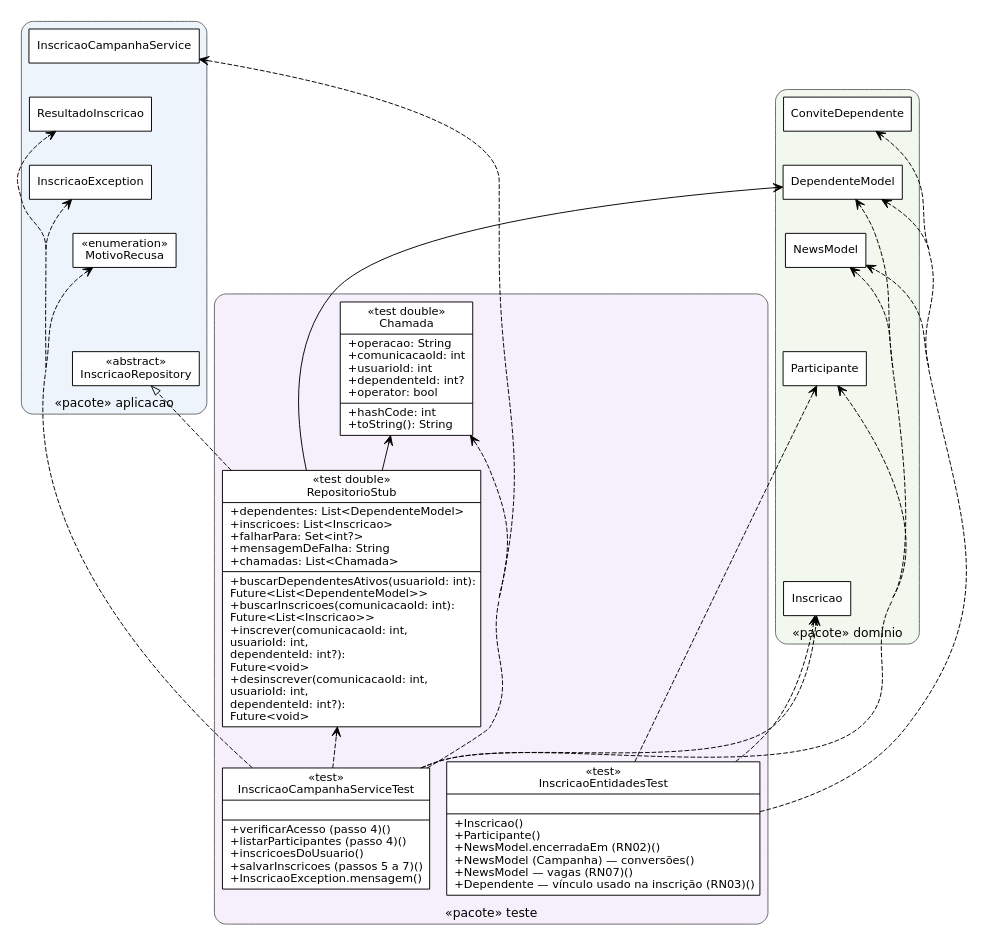
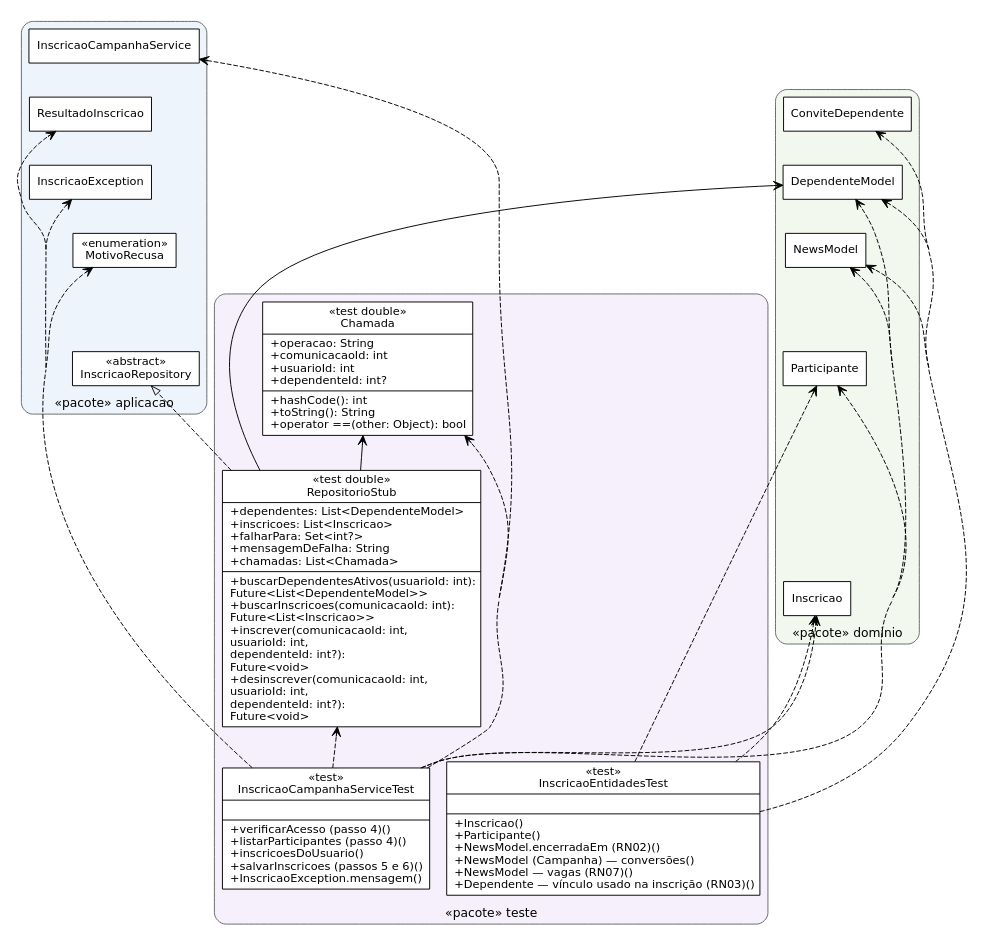
The diagram in qualidade/relatorios/classes-c-teste.dot (Conecta-Vida/Conecta-Vida-Mobile), drawn with Graphviz before and after one commit. The commit also changed 23 other files, not shown here.

```diff
--- a/qualidade/relatorios/classes-c-teste.dot
+++ b/qualidade/relatorios/classes-c-teste.dot
@@ -1,52 +1,52 @@
 digraph classes {
 rankdir=BT; nodesep=0.25; ranksep=0.5; pad=0.1; concentrate=true;
 node [shape=record, fontname="DejaVu Sans", fontsize=12, style=filled, fillcolor="#ffffff"];
 edge [fontname="DejaVu Sans", fontsize=11];
 subgraph cluster_0 { label="«pacote» aplicacao"; style="rounded,filled"; fillcolor="#eef4fb"; color=gray40; fontname="DejaVu Sans"; fontsize=13; labelloc=t;
   InscricaoRepository [shape=box, label="«abstract»\nInscricaoRepository"];
   MotivoRecusa [shape=box, label="«enumeration»\nMotivoRecusa"];
   InscricaoException [shape=box, label="InscricaoException"];
   ResultadoInscricao [shape=box, label="ResultadoInscricao"];
   InscricaoCampanhaService [shape=box, label="InscricaoCampanhaService"];
 }
 subgraph cluster_1 { label="«pacote» dominio"; style="rounded,filled"; fillcolor="#f2f8ee"; color=gray40; fontname="DejaVu Sans"; fontsize=13; labelloc=t;
   Inscricao [shape=box, label="Inscricao"];
   Participante [shape=box, label="Participante"];
   NewsModel [shape=box, label="NewsModel"];
   DependenteModel [shape=box, label="DependenteModel"];
   ConviteDependente [shape=box, label="ConviteDependente"];
 }
 subgraph cluster_2 { label="«pacote» teste"; style="rounded,filled"; fillcolor="#f5f0fb"; color=gray40; fontname="DejaVu Sans"; fontsize=13; labelloc=t;
-  Chamada [label="{«test double»\nChamada|+operacao: String\l+comunicacaoId: int\l+usuarioId: int\l+dependenteId: int?\l+operator: bool\l|+hashCode: int\l+toString(): String\l}"];
+  Chamada [label="{«test double»\nChamada|+operacao: String\l+comunicacaoId: int\l+usuarioId: int\l+dependenteId: int?\l|+hashCode(): int\l+toString(): String\l+operator ==(other: Object): bool\l}"];
   RepositorioStub [label="{«test double»\nRepositorioStub|+dependentes: List&lt;DependenteModel&gt;\l+inscricoes: List&lt;Inscricao&gt;\l+falharPara: Set&lt;int?&gt;\l+mensagemDeFalha: String\l+chamadas: List&lt;Chamada&gt;\l|+buscarDependentesAtivos(usuarioId: int):\l      Future&lt;List&lt;DependenteModel&gt;&gt;\l+buscarInscricoes(comunicacaoId: int):\l      Future&lt;List&lt;Inscricao&gt;&gt;\l+inscrever(comunicacaoId: int,\l      usuarioId: int,\l      dependenteId: int?):\l      Future&lt;void&gt;\l+desinscrever(comunicacaoId: int,\l      usuarioId: int,\l      dependenteId: int?):\l      Future&lt;void&gt;\l}"];
-  InscricaoCampanhaServiceTest [label="{«test»\nInscricaoCampanhaServiceTest||+verificarAcesso (passo 4)()\l+listarParticipantes (passo 4)()\l+inscricoesDoUsuario()\l+salvarInscricoes (passos 5 a 7)()\l+InscricaoException.mensagem()\l}"];
+  InscricaoCampanhaServiceTest [label="{«test»\nInscricaoCampanhaServiceTest||+verificarAcesso (passo 4)()\l+listarParticipantes (passo 4)()\l+inscricoesDoUsuario()\l+salvarInscricoes (passos 5 e 6)()\l+InscricaoException.mensagem()\l}"];
   InscricaoEntidadesTest [label="{«test»\nInscricaoEntidadesTest||+Inscricao()\l+Participante()\l+NewsModel.encerradaEm (RN02)()\l+NewsModel (Campanha) — conversões()\l+NewsModel — vagas (RN07)()\l+Dependente — vínculo usado na inscrição (RN03)()\l}"];
 }
   InscricaoRepository -> MotivoRecusa [style=invis];
   MotivoRecusa -> InscricaoException [style=invis];
   InscricaoException -> ResultadoInscricao [style=invis];
   ResultadoInscricao -> InscricaoCampanhaService [style=invis];
   Inscricao -> Participante [style=invis];
   Participante -> NewsModel [style=invis];
   NewsModel -> DependenteModel [style=invis];
   DependenteModel -> ConviteDependente [style=invis];
   InscricaoCampanhaServiceTest -> Chamada [arrowhead=vee, style=dashed];
   InscricaoCampanhaServiceTest -> DependenteModel [arrowhead=vee, style=dashed];
   InscricaoCampanhaServiceTest -> Inscricao [arrowhead=vee, style=dashed];
   InscricaoCampanhaServiceTest -> InscricaoCampanhaService [arrowhead=vee, style=dashed];
   InscricaoCampanhaServiceTest -> InscricaoException [arrowhead=vee, style=dashed];
   InscricaoCampanhaServiceTest -> MotivoRecusa [arrowhead=vee, style=dashed];
   InscricaoCampanhaServiceTest -> NewsModel [arrowhead=vee, style=dashed];
   InscricaoCampanhaServiceTest -> Participante [arrowhead=vee, style=dashed];
   InscricaoCampanhaServiceTest -> RepositorioStub [arrowhead=vee, style=dashed];
   InscricaoCampanhaServiceTest -> ResultadoInscricao [arrowhead=vee, style=dashed];
   InscricaoEntidadesTest -> ConviteDependente [arrowhead=vee, style=dashed];
   InscricaoEntidadesTest -> DependenteModel [arrowhead=vee, style=dashed];
   InscricaoEntidadesTest -> Inscricao [arrowhead=vee, style=dashed];
   InscricaoEntidadesTest -> NewsModel [arrowhead=vee, style=dashed];
   InscricaoEntidadesTest -> Participante [arrowhead=vee, style=dashed];
   RepositorioStub -> Chamada [arrowhead=vee];
   RepositorioStub -> DependenteModel [arrowhead=vee];
   RepositorioStub -> Inscricao [arrowhead=vee];
   RepositorioStub -> InscricaoRepository [arrowhead=empty, style=dashed];
 }
```
